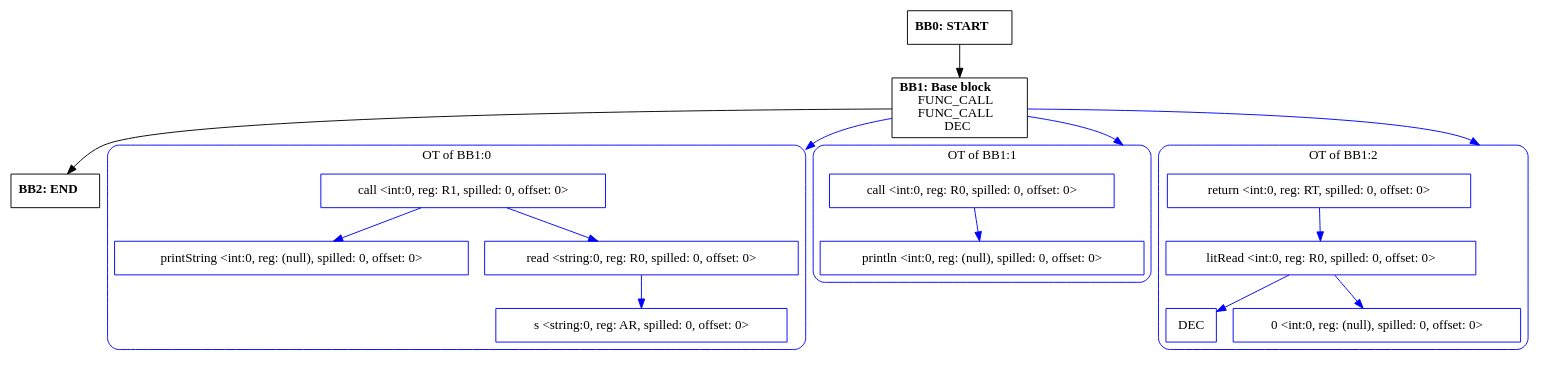
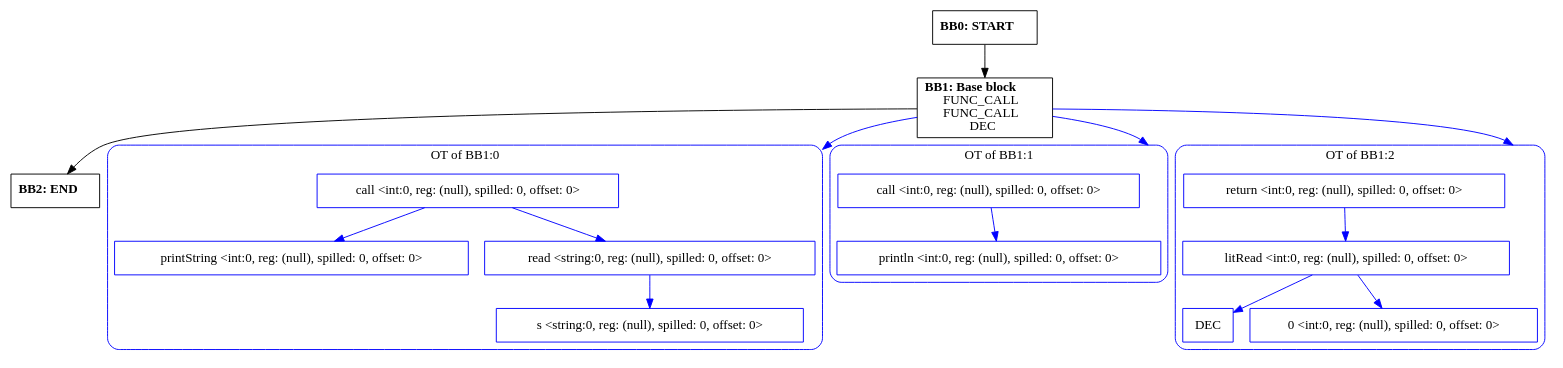
One commit to zavar152-cv/myLang-oop-compiler changed the diagram in outputs/cfg/io.IO.printlnString.dot. Above: the diagram before and after it, drawn with Graphviz. The commit also changed 33 other files, not shown here.

```diff
--- a/outputs/cfg/io.IO.printlnString.dot
+++ b/outputs/cfg/io.IO.printlnString.dot
@@ -1,50 +1,50 @@
 digraph CFG {
     compound=true;
     graph [splines=true];
     node [shape=rectangle];
 
     BB2 [label=<<B>BB2: END</B><BR ALIGN="CENTER"/>>];
     BB1 [label=<<B>BB1: Base block</B><BR ALIGN="CENTER"/>FUNC_CALL<BR ALIGN="CENTER"/>FUNC_CALL<BR ALIGN="CENTER"/>DEC<BR ALIGN="CENTER"/>>];
     subgraph cluster_instruction0 {
         label = "OT of BB1:0";
         style=rounded;
         color=blue;
         entry0 [shape=point, style=invis];
-        node0 [label="call <int:0, reg: R1, spilled: 0, offset: 0>", color=blue];
+        node0 [label="call <int:0, reg: (null), spilled: 0, offset: 0>", color=blue];
         node1 [label="printString <int:0, reg: (null), spilled: 0, offset: 0>", color=blue];
         node0 -> node1[color=blue];
-        node2 [label="read <string:0, reg: R0, spilled: 0, offset: 0>", color=blue];
-        node3 [label="s <string:0, reg: AR, spilled: 0, offset: 0>", color=blue];
+        node2 [label="read <string:0, reg: (null), spilled: 0, offset: 0>", color=blue];
+        node3 [label="s <string:0, reg: (null), spilled: 0, offset: 0>", color=blue];
         node2 -> node3[color=blue];
         node0 -> node2[color=blue];
     }
     BB1 -> entry0 [lhead=cluster_instruction0, color=blue];
     subgraph cluster_instruction1 {
         label = "OT of BB1:1";
         style=rounded;
         color=blue;
         entry1 [shape=point, style=invis];
-        node4 [label="call <int:0, reg: R0, spilled: 0, offset: 0>", color=blue];
+        node4 [label="call <int:0, reg: (null), spilled: 0, offset: 0>", color=blue];
         node5 [label="println <int:0, reg: (null), spilled: 0, offset: 0>", color=blue];
         node4 -> node5[color=blue];
     }
     BB1 -> entry1 [lhead=cluster_instruction1, color=blue];
     subgraph cluster_instruction2 {
         label = "OT of BB1:2";
         style=rounded;
         color=blue;
         entry2 [shape=point, style=invis];
-        node6 [label="return <int:0, reg: RT, spilled: 0, offset: 0>", color=blue];
-        node7 [label="litRead <int:0, reg: R0, spilled: 0, offset: 0>", color=blue];
+        node6 [label="return <int:0, reg: (null), spilled: 0, offset: 0>", color=blue];
+        node7 [label="litRead <int:0, reg: (null), spilled: 0, offset: 0>", color=blue];
         node8 [label="DEC", color=blue];
         node7 -> node8[color=blue];
         node9 [label="0 <int:0, reg: (null), spilled: 0, offset: 0>", color=blue];
         node7 -> node9[color=blue];
         node6 -> node7[color=blue];
     }
     BB1 -> entry2 [lhead=cluster_instruction2, color=blue];
     BB0 [label=<<B>BB0: START</B><BR ALIGN="CENTER"/>>];
 
     BB1 -> BB2;
     BB0 -> BB1;
 }
```
